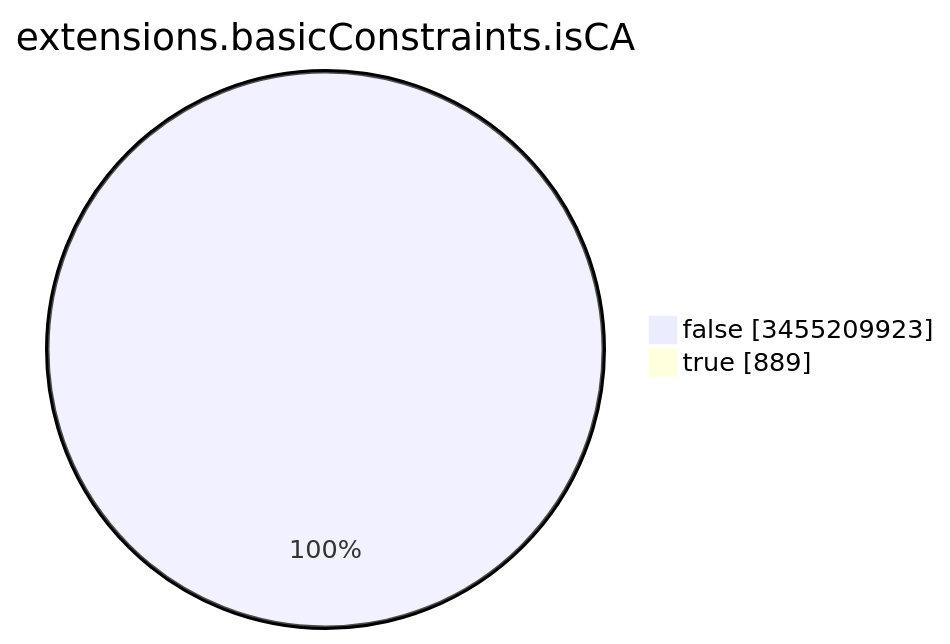
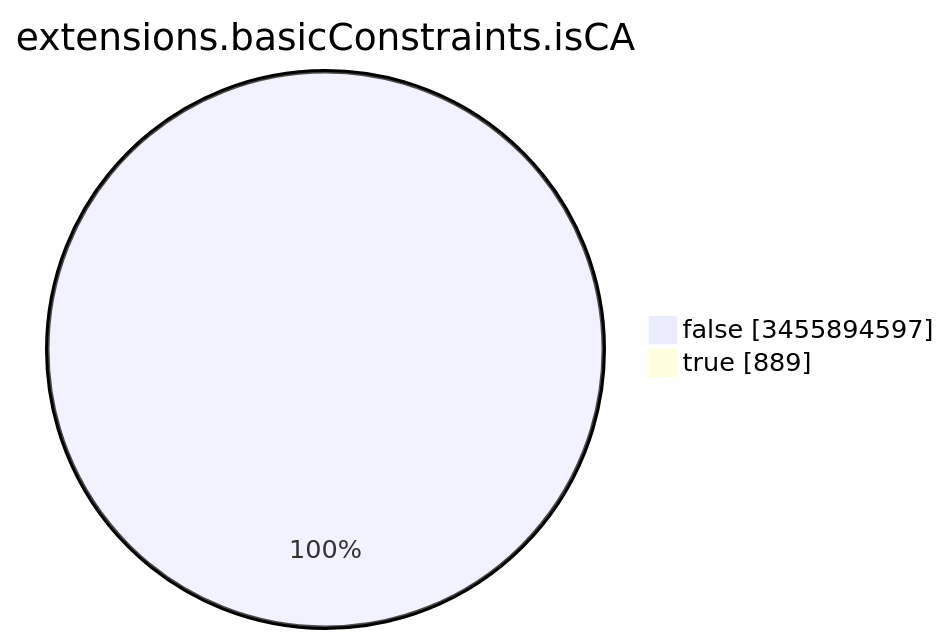
The seventh of 15 diagrams in TOTAL/README.md (christiankrug/ctmonitor_visualization), drawn with Mermaid before and after one commit. The commit also changed other lines of this file, not shown here.

````diff
--- a/TOTAL/README.md
+++ b/TOTAL/README.md
@@ -3093,6 +3093,6 @@
 ```mermaid
 pie showData
 title extensions.basicConstraints.isCA
-"false" :3455209923
+"false" :3455894597
 "true" :889
 ```
````
